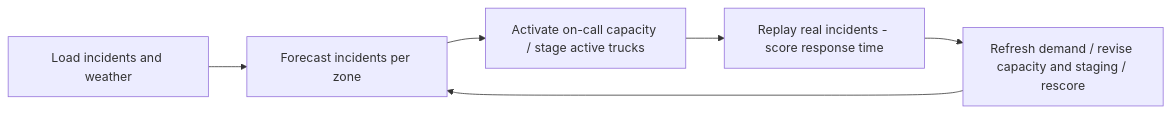
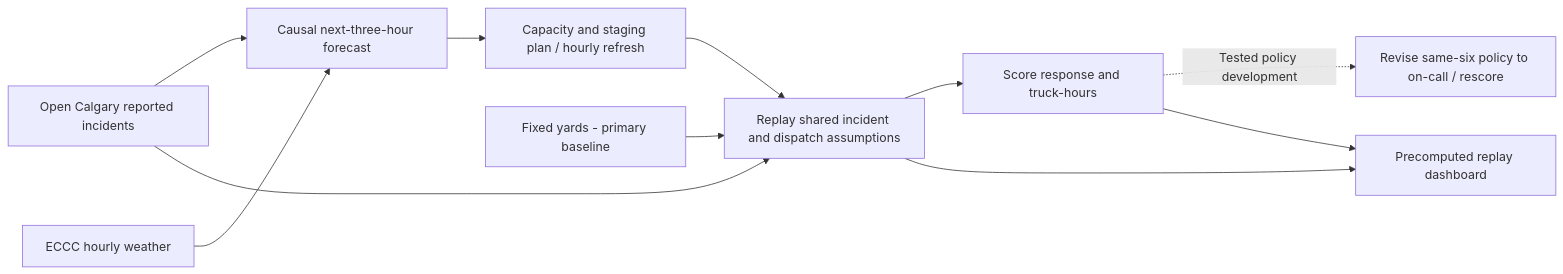
One commit to Drakooz/Stormstage changed the diagram in README.md. Above: the diagram before and after it, drawn with Mermaid. The commit also changed other lines of this file and 8 other files, not shown here.

Commit message:
Align demo, architecture, and submission docs with the final dashboard

````diff
--- a/README.md
+++ b/README.md
@@ -64,8 +64,13 @@
 ```mermaid
 flowchart LR
-  A[Load incidents and weather] --> B[Forecast incidents per zone]
-  B --> C[Activate on-call capacity / stage active trucks]
-  C --> D[Replay real incidents - score response time]
-  D --> E[Refresh demand / revise capacity and staging / rescore]
-  E --> B
+  I[Open Calgary reported incidents] --> F[Causal next-three-hour forecast]
+  W[ECCC hourly weather] --> F
+  F --> P[Capacity and staging plan / hourly refresh]
+  P --> R[Replay shared incident and dispatch assumptions]
+  B[Fixed yards - primary baseline] --> R
+  I --> R
+  R --> S[Score response and truck-hours]
+  S -. Tested policy development .-> V[Revise same-six policy to on-call / rescore]
+  R --> D[Precomputed replay dashboard]
+  S --> D
 ```
````
